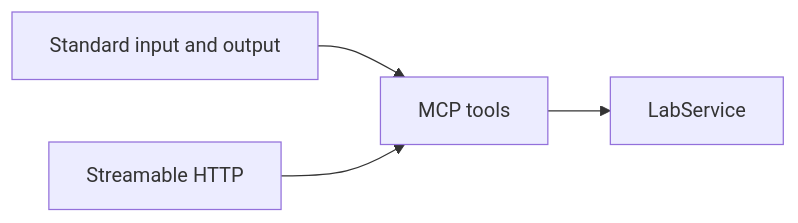
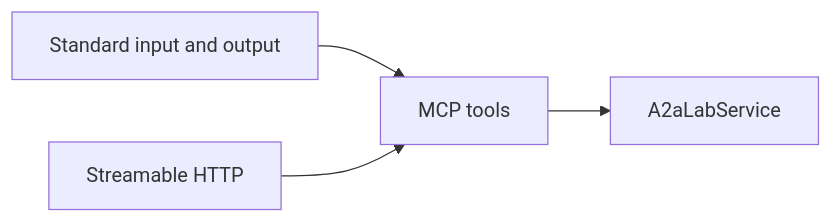
Before and after one commit to A3Analytics/a2a-lab-dev-kit-rs: the diagram in backlog/docs/reference/mcp/doc-5 - MCP.md, drawn with Mermaid. The commit also changed other lines of this file and 24 other files, not shown here.

First line of the commit message:
Refactor documentation to standardize references to A2aLabService and remove outdated content

````diff
--- a/backlog/docs/reference/mcp/doc-5 - MCP.md
+++ b/backlog/docs/reference/mcp/doc-5 - MCP.md
@@ -43,8 +43,8 @@
 ```mermaid
 flowchart LR
-  accTitle: MCP transports and the lab service
-  accDescr: Standard input and output reach the MCP tools. Streamable HTTP reaches the same tools. The tools call LabService.
+  accTitle: MCP transports and A2aLabService
+  accDescr: Standard input and output reach the MCP tools. Streamable HTTP reaches the same tools. The tools call A2aLabService.
   stdio["Standard input and output"] --> tools["MCP tools"]
   http["Streamable HTTP"] --> tools
-  tools --> service["LabService"]
+  tools --> service["A2aLabService"]
 ```
````
